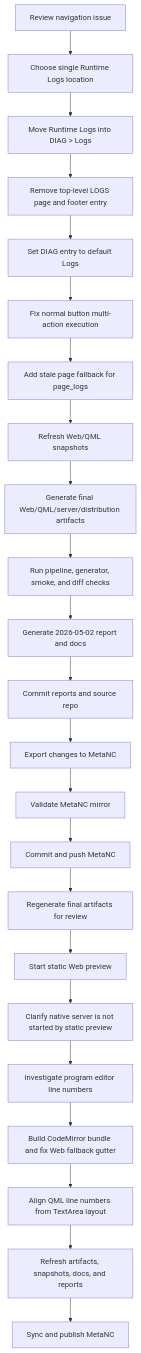
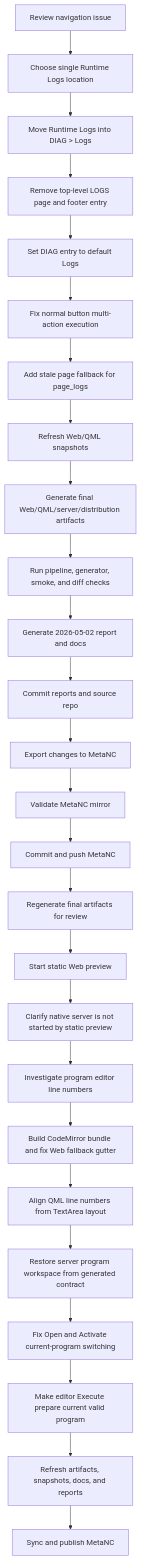
Before and after one commit to luppiterw/metanc_hmi_dsl_reports: the diagram in 2026-05-02-codex-session/workflow-diagram.md, drawn with Mermaid. The commit also changed 16 other files, not shown here.

````diff
--- a/2026-05-02-codex-session/workflow-diagram.md
+++ b/2026-05-02-codex-session/workflow-diagram.md
@@ -3,25 +3,28 @@
 ```mermaid
 flowchart TD
     A[Review navigation issue] --> B[Choose single Runtime Logs location]
     B --> C[Move Runtime Logs into DIAG > Logs]
     C --> D[Remove top-level LOGS page and footer entry]
     D --> E[Set DIAG entry to default Logs]
     E --> F[Fix normal button multi-action execution]
     F --> G[Add stale page fallback for page_logs]
     G --> H[Refresh Web/QML snapshots]
     H --> I[Generate final Web/QML/server/distribution artifacts]
     I --> J[Run pipeline, generator, smoke, and diff checks]
     J --> K[Generate 2026-05-02 report and docs]
     K --> L[Commit reports and source repo]
     L --> M[Export changes to MetaNC]
     M --> N[Validate MetaNC mirror]
     N --> O[Commit and push MetaNC]
     O --> P[Regenerate final artifacts for review]
     P --> Q[Start static Web preview]
     Q --> R[Clarify native server is not started by static preview]
     R --> S[Investigate program editor line numbers]
     S --> T[Build CodeMirror bundle and fix Web fallback gutter]
     T --> U[Align QML line numbers from TextArea layout]
-    U --> V[Refresh artifacts, snapshots, docs, and reports]
-    V --> W[Sync and publish MetaNC]
+    U --> V[Restore server program workspace from generated contract]
+    V --> W[Fix Open and Activate current-program switching]
+    W --> X[Make editor Execute prepare current valid program]
+    X --> Y[Refresh artifacts, snapshots, docs, and reports]
+    Y --> Z[Sync and publish MetaNC]
 ```
````
